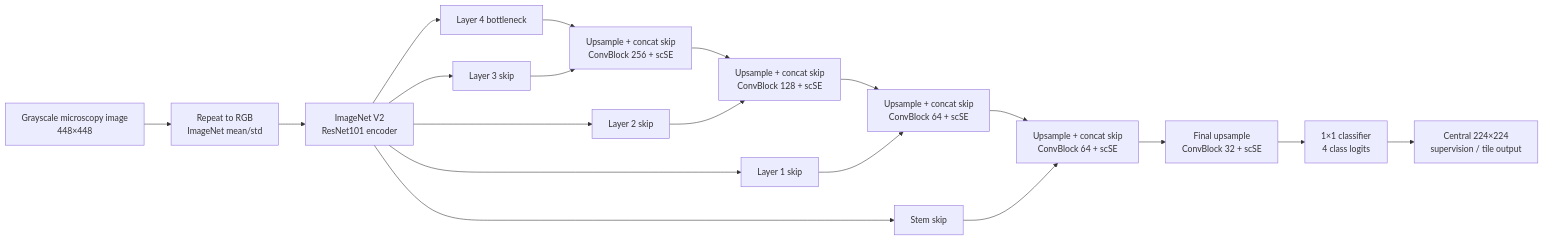
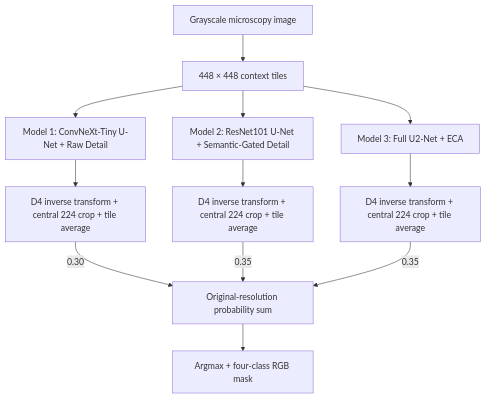
The diagram in README.md (leesangwon393/KoMaP-AI-COMPETITION-2026), drawn with Mermaid before and after one commit. The commit also changed other lines of this file and 17 other files, not shown here.

Commit message:
Organize final model pipeline and document report-backed experiments

````diff
--- a/README.md
+++ b/README.md
@@ -41,21 +31,14 @@
 ```mermaid
-flowchart LR
-  A[Grayscale microscopy image<br/>448×448] --> B[Repeat to RGB<br/>ImageNet mean/std]
-  B --> E[ImageNet V2<br/>ResNet101 encoder]
-  E --> S0[Stem skip]
-  E --> S1[Layer 1 skip]
-  E --> S2[Layer 2 skip]
-  E --> S3[Layer 3 skip]
-  E --> Z[Layer 4 bottleneck]
-  Z --> D3[Upsample + concat skip<br/>ConvBlock 256 + scSE]
-  S3 --> D3
-  D3 --> D2[Upsample + concat skip<br/>ConvBlock 128 + scSE]
-  S2 --> D2
-  D2 --> D1[Upsample + concat skip<br/>ConvBlock 64 + scSE]
-  S1 --> D1
-  D1 --> D0[Upsample + concat skip<br/>ConvBlock 64 + scSE]
-  S0 --> D0
-  D0 --> F[Final upsample<br/>ConvBlock 32 + scSE]
-  F --> H[1×1 classifier<br/>4 class logits]
-  H --> O[Central 224×224<br/>supervision / tile output]
+flowchart TD
+    A[Grayscale microscopy image] --> B[448 × 448 context tiles]
+    B --> M1[Model 1: ConvNeXt-Tiny U-Net + Raw Detail]
+    B --> M2[Model 2: ResNet101 U-Net + Semantic-Gated Detail]
+    B --> M3[Model 3: Full U2-Net + ECA]
+    M1 --> P1[D4 inverse transform + central 224 crop + tile average]
+    M2 --> P2[D4 inverse transform + central 224 crop + tile average]
+    M3 --> P3[D4 inverse transform + central 224 crop + tile average]
+    P1 -->|0.30| E[Original-resolution probability sum]
+    P2 -->|0.35| E
+    P3 -->|0.35| E
+    E --> O[Argmax + four-class RGB mask]
 ```
````
